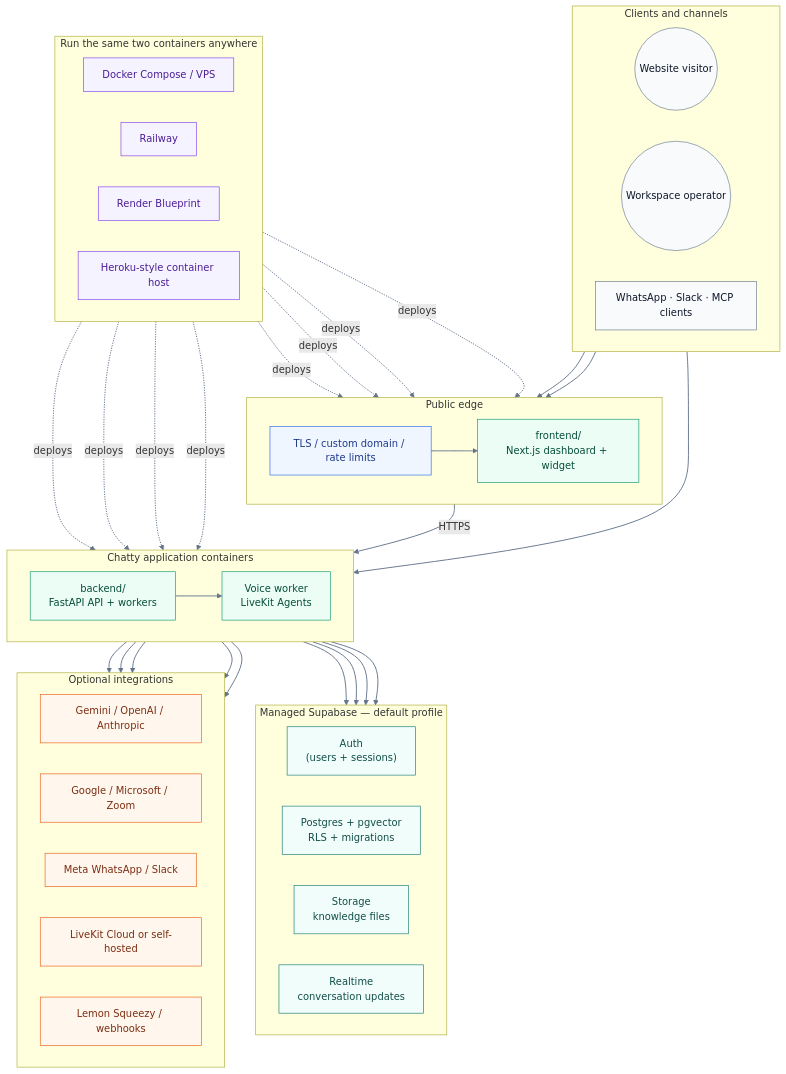
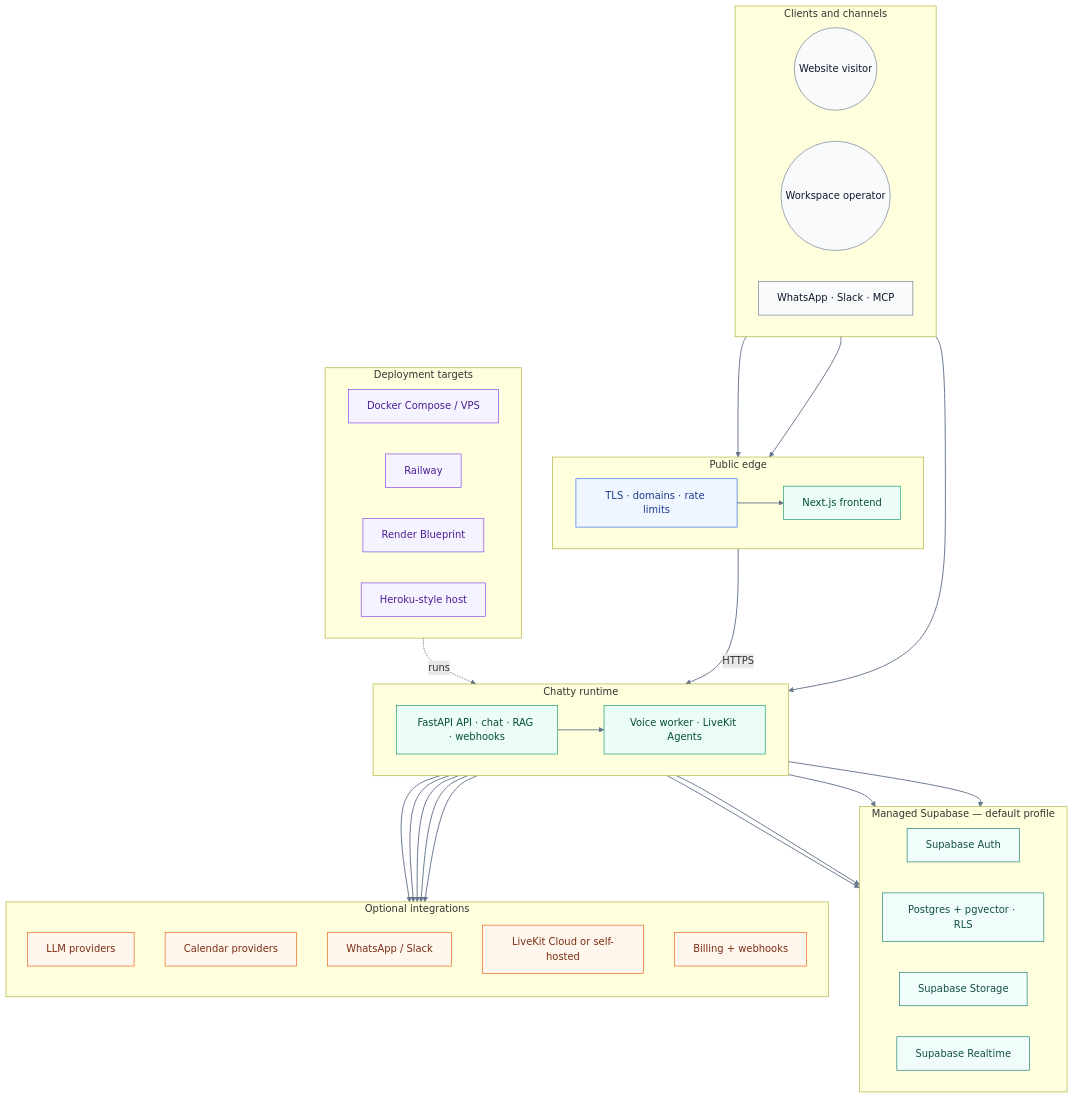
The diagram in README.md (PersonaliAI/chatty), drawn with Mermaid before and after one commit.

Commit message:
docs: simplify public architecture diagram

````diff
--- a/README.md
+++ b/README.md
@@ -89,76 +89,66 @@
 ```mermaid
 flowchart TB
     classDef actor fill:#f8fafc,stroke:#64748b,color:#0f172a
     classDef edge fill:#eff6ff,stroke:#2563eb,color:#1e3a8a
     classDef app fill:#ecfdf5,stroke:#059669,color:#064e3b
     classDef data fill:#f0fdfa,stroke:#0f766e,color:#134e4a
     classDef integration fill:#fff7ed,stroke:#ea580c,color:#7c2d12
     classDef deploy fill:#f5f3ff,stroke:#7c3aed,color:#4c1d95
 
     subgraph clients["Clients and channels"]
         direction LR
         visitor(("Website visitor")):::actor
         operator(("Workspace operator")):::actor
-        channels["WhatsApp · Slack · MCP clients"]:::actor
+        channels["WhatsApp · Slack · MCP"]:::actor
     end
-
     subgraph edge["Public edge"]
         direction LR
-        tls["TLS / custom domain / rate limits"]:::edge
-        web["frontend/\nNext.js dashboard + widget"]:::app
+        tls["TLS · domains · rate limits"]:::edge
+        web["Next.js frontend"]:::app
     end
-
-    subgraph compute["Chatty application containers"]
+    subgraph runtime["Chatty runtime"]
         direction LR
-        api["backend/\nFastAPI API + workers"]:::app
-        voice["Voice worker\nLiveKit Agents"]:::app
+        api["FastAPI API · chat · RAG · webhooks"]:::app
+        voice["Voice worker · LiveKit Agents"]:::app
     end
-
     subgraph managed["Managed Supabase — default profile"]
         direction LR
-        auth["Auth\n(users + sessions)"]:::data
-        postgres["Postgres + pgvector\nRLS + migrations"]:::data
-        storage["Storage\nknowledge files"]:::data
-        realtime["Realtime\nconversation updates"]:::data
+        auth["Supabase Auth"]:::data
+        postgres["Postgres + pgvector · RLS"]:::data
+        storage["Supabase Storage"]:::data
+        realtime["Supabase Realtime"]:::data
     end
-
     subgraph integrations["Optional integrations"]
-        direction LR
-        llm["Gemini / OpenAI / Anthropic"]:::integration
-        calendar["Google / Microsoft / Zoom"]:::integration
-        meta["Meta WhatsApp / Slack"]:::integration
+        direction TB
+        llm["LLM providers"]:::integration
+        calendar["Calendar providers"]:::integration
+        channelsApi["WhatsApp / Slack"]:::integration
         livekit["LiveKit Cloud or self-hosted"]:::integration
-        billing["Lemon Squeezy / webhooks"]:::integration
+        billing["Billing + webhooks"]:::integration
     end
-
-    subgraph targets["Run the same two containers anywhere"]
+    subgraph targets["Deployment targets"]
         direction LR
         docker["Docker Compose / VPS"]:::deploy
         railway["Railway"]:::deploy
         render["Render Blueprint"]:::deploy
-        heroku["Heroku-style container host"]:::deploy
+        heroku["Heroku-style host"]:::deploy
     end
 
-    visitor --> tls --> web
+    visitor --> tls
     operator --> web
     channels --> api
+    tls --> web
     web -->|HTTPS| api
+    api --> voice
     api --> auth
     api --> postgres
     api --> storage
     api --> realtime
     api --> llm
     api --> calendar
-    api --> meta
+    api --> channelsApi
+    voice --> livekit
     api --> billing
-    api --> voice --> livekit
-    docker -. deploys .-> web
-    docker -. deploys .-> api
-    railway -. deploys .-> web
-    railway -. deploys .-> api
-    render -. deploys .-> web
-    render -. deploys .-> api
-    heroku -. deploys .-> web
-    heroku -. deploys .-> api
+    targets -. runs .-> runtime
     linkStyle default stroke:#64748b,stroke-width:1.5px
 ```
````
